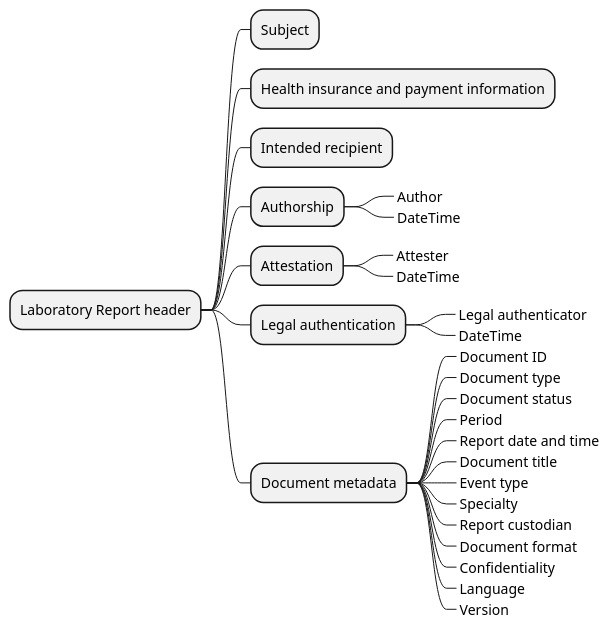
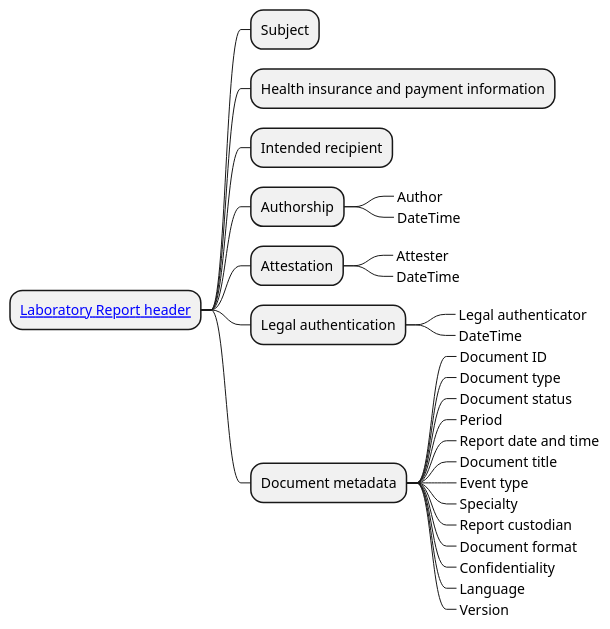
The diagram in input/images-source/labReportHeader_CIM.plantuml (Xt-EHR/xt-ehr-common), drawn with PlantUML before and after one commit. The commit also changed 12 other files, not shown here.

```diff
--- a/input/images-source/labReportHeader_CIM.plantuml
+++ b/input/images-source/labReportHeader_CIM.plantuml
@@ -1,39 +1,40 @@
 @startmindmap
-* Laboratory Report header
+skinparam topurl StructureDefinition-
+* [[EHDSLaboratoryReportHeader.html Laboratory Report header]]
 ** Subject
 /'    Shell we keep or not?
 ** Preferred Health Professional
 '/
 ** Health insurance and payment information
 /' ***_ Health insurance code
 ***_ Health insurance name
 ***_ Health insurance number '/
 ** Intended recipient
 ** Authorship
 ***_ Author
 ***_ DateTime
 ** Attestation
 ***_ Attester
 ***_ DateTime
 ** Legal authentication
 ***_ Legal authenticator
 ***_ DateTime
 ** Document metadata
 ***_ Document ID
 ***_ Document type
 ***_ Document status
 ***_ Period
 ***_ Report date and time
 ***_ Document title
 ***_ Event type
 ***_ Specialty
 ***_ Report custodian
 ***_ Document format
 ***_ Confidentiality
 ***_ Language
 ***_ Version
 /' ** Additional information / Knowledge resources
 ***_ External reference
 ***_ Related with
  '/
  @endmindmap
```
